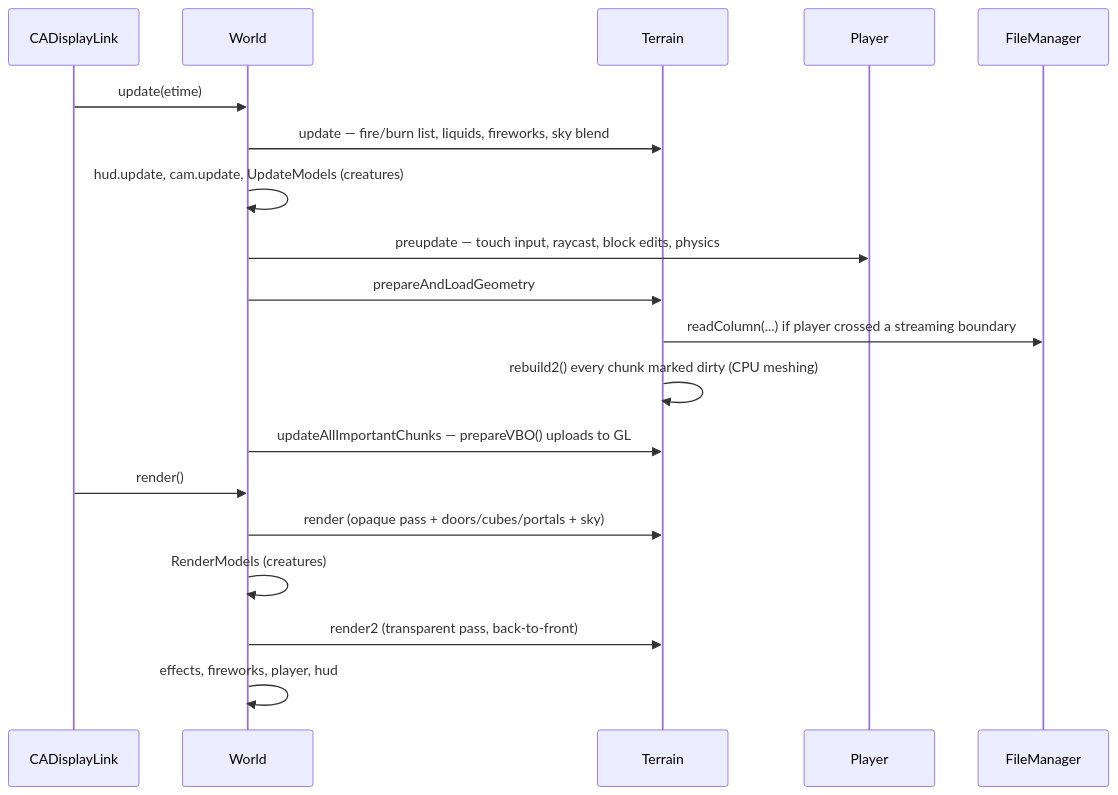
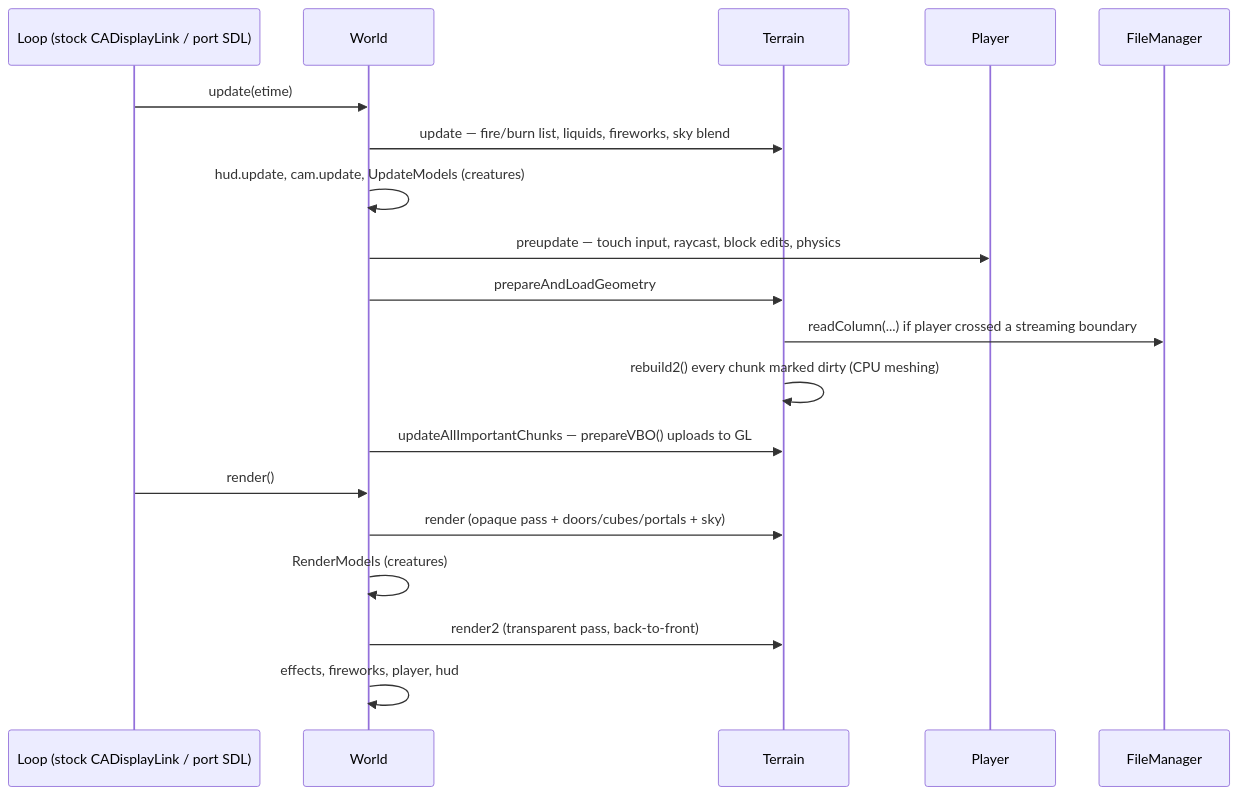
One commit to hagg3/edencom changed the second of 2 diagrams in docs/architecture-overview.md. Above: the diagram before and after it, drawn with Mermaid. The commit also changed other lines of this file and 340 other files, not shown here.

````diff
--- a/docs/architecture-overview.md
+++ b/docs/architecture-overview.md
@@ -74,21 +81,21 @@
 ```mermaid
 sequenceDiagram
-    participant DL as CADisplayLink
+    participant DL as Loop (stock CADisplayLink / port SDL)
     participant W as World
     participant T as Terrain
     participant P as Player
     participant FM as FileManager
     DL->>W: update(etime)
     W->>T: update — fire/burn list, liquids, fireworks, sky blend
     W->>W: hud.update, cam.update, UpdateModels (creatures)
     W->>P: preupdate — touch input, raycast, block edits, physics
     W->>T: prepareAndLoadGeometry
     T->>FM: readColumn(...) if player crossed a streaming boundary
     T->>T: rebuild2() every chunk marked dirty (CPU meshing)
     W->>T: updateAllImportantChunks — prepareVBO() uploads to GL
     DL->>W: render()
     W->>T: render (opaque pass + doors/cubes/portals + sky)
     W->>W: RenderModels (creatures)
     W->>T: render2 (transparent pass, back-to-front)
     W->>W: effects, fireworks, player, hud
 ```
````
